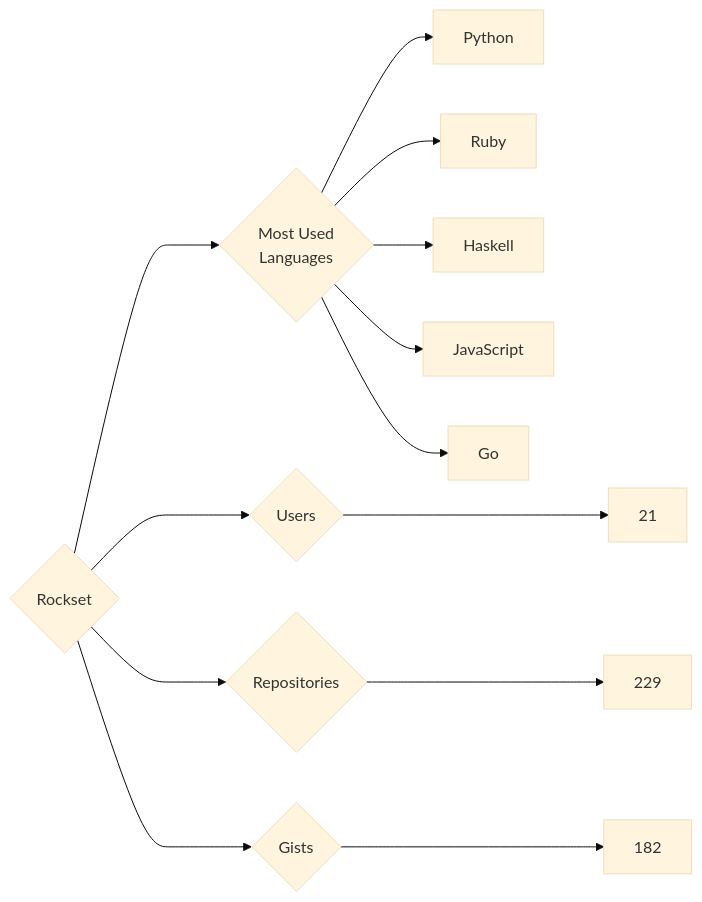
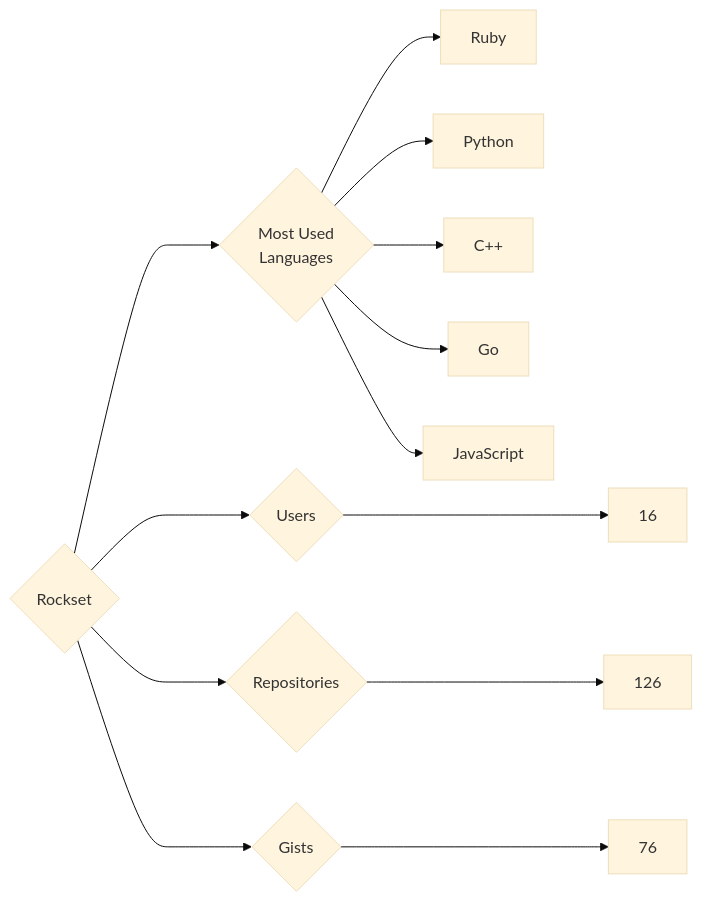
One commit to trickest/insiders changed the diagram in targets/Rockset/README.md. Above: the diagram before and after it, drawn with Mermaid (base theme). The commit also changed 1479 other files, not shown here.

````diff
--- a/targets/Rockset/README.md
+++ b/targets/Rockset/README.md
@@ -3,13 +3,13 @@
 ```mermaid
 graph LR
 COMPANY_NAME{Rockset}
-COMPANY_NAME ---> U{Users} ---> UN[21]
-COMPANY_NAME ---> R{Repositories} ---> RN[229]
-COMPANY_NAME ---> G{Gists} ---> GN[182]
+COMPANY_NAME ---> U{Users} ---> UN[16]
+COMPANY_NAME ---> R{Repositories} ---> RN[126]
+COMPANY_NAME ---> G{Gists} ---> GN[76]
 COMPANY_NAME ---> ML{Most Used<br>Languages}
+ML --> Ruby[Ruby]
 ML --> Python[Python]
-ML --> Ruby[Ruby]
-ML --> Haskell[Haskell]
+ML --> C++[C++]
+ML --> Go[Go]
 ML --> JavaScript[JavaScript]
-ML --> Go[Go]
 ```
````
